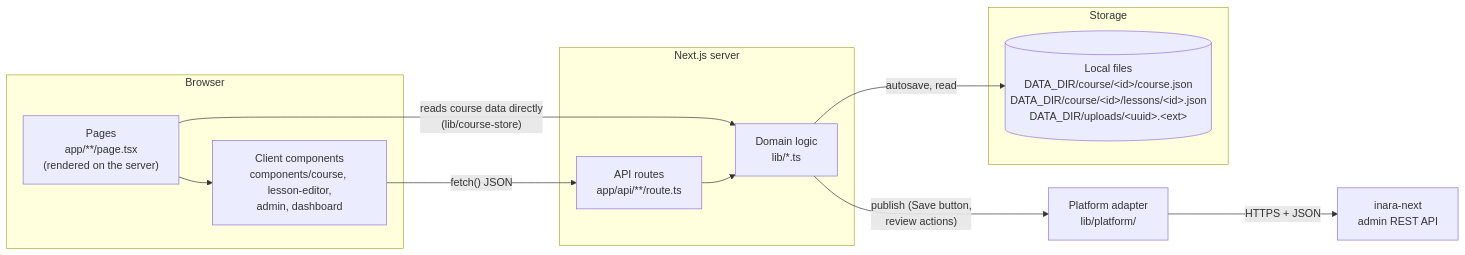
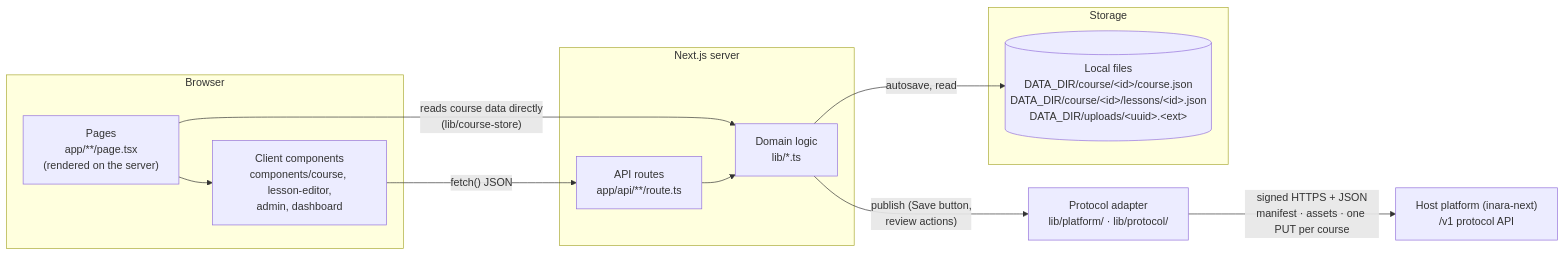
Before and after one commit to HafsaJavedPak/inarax-course-editor: the first of 7 diagrams in docs/ARCHITECTURE.md, drawn with Mermaid. The commit also changed other lines of this file and 54 other files, not shown here.

First line of the commit message:
Publish through the Course Publishing Protocol instead of inara-next's admin API

````diff
--- a/docs/ARCHITECTURE.md
+++ b/docs/ARCHITECTURE.md
@@ -19,24 +19,24 @@
 ```mermaid
 flowchart LR
     subgraph Browser
         P["Pages<br/>app/**/page.tsx<br/>(rendered on the server)"]
         C["Client components<br/>components/course, lesson-editor,<br/>admin, dashboard"]
     end
     subgraph Server["Next.js server"]
         R["API routes<br/>app/api/**/route.ts"]
         L["Domain logic<br/>lib/*.ts"]
     end
     subgraph Storage
         FS[("Local files<br/>DATA_DIR/course/&lt;id&gt;/course.json<br/>DATA_DIR/course/&lt;id&gt;/lessons/&lt;id&gt;.json<br/>DATA_DIR/uploads/&lt;uuid&gt;.&lt;ext&gt;")]
     end
-    PL["Platform adapter<br/>lib/platform/"]
-    DB["inara-next<br/>admin REST API"]
+    PL["Protocol adapter<br/>lib/platform/ · lib/protocol/"]
+    DB["Host platform (inara-next)<br/>/v1 protocol API"]
 
     P -- "reads course data directly<br/>(lib/course-store)" --> L
     P --> C
     C -- "fetch() JSON" --> R
     R --> L
     L -- "autosave, read" --> FS
     L -- "publish (Save button,<br/>review actions)" --> PL
-    PL -- "HTTPS + JSON" --> DB
+    PL -- "signed HTTPS + JSON<br/>manifest · assets · one PUT per course" --> DB
 ```
````
